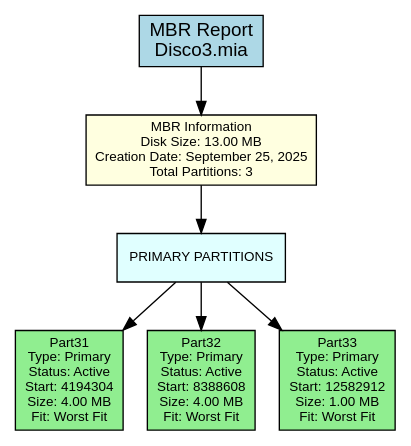
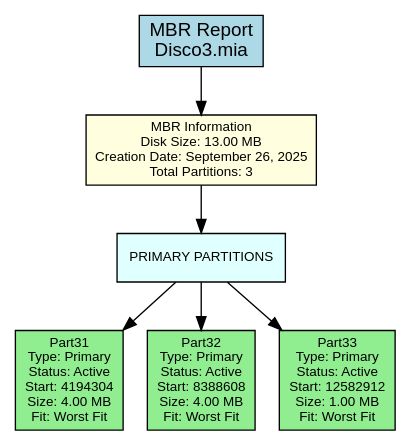
Before and after one commit to DiegVas/MIA_2S2025_P2_202300638: the diagram in backend/provider/reports/src/mbr_382B.dot, drawn with Graphviz. The commit also changed 15 other files, not shown here.

```diff
--- a/backend/provider/reports/src/mbr_382B.dot
+++ b/backend/provider/reports/src/mbr_382B.dot
@@ -1,22 +1,22 @@
 digraph MBR_Report {
     rankdir=TB;
     node [shape=box, style=filled];
     graph [fontname="Arial", fontsize=12];
     node [fontname="Arial", fontsize=10];
     edge [fontname="Arial"];
 
     title [label="MBR Report\nDisco3.mia", fillcolor=lightblue, fontsize=14];
 
-    mbr_info [label="MBR Information\nDisk Size: 13.00 MB\nCreation Date: September 25, 2025\nTotal Partitions: 3", fillcolor=lightyellow];
+    mbr_info [label="MBR Information\nDisk Size: 13.00 MB\nCreation Date: September 26, 2025\nTotal Partitions: 3", fillcolor=lightyellow];
 
     primary_section [label="PRIMARY PARTITIONS", shape=box, style=filled, fillcolor=lightcyan];
     primary_0 [label="Part31\nType: Primary\nStatus: Active\nStart: 4194304\nSize: 4.00 MB\nFit: Worst Fit", fillcolor=lightgreen];
     primary_section -> primary_0;
     primary_1 [label="Part32\nType: Primary\nStatus: Active\nStart: 8388608\nSize: 4.00 MB\nFit: Worst Fit", fillcolor=lightgreen];
     primary_section -> primary_1;
     primary_2 [label="Part33\nType: Primary\nStatus: Active\nStart: 12582912\nSize: 1.00 MB\nFit: Worst Fit", fillcolor=lightgreen];
     primary_section -> primary_2;
 
     title -> mbr_info;
     mbr_info -> primary_section;
 }
```
